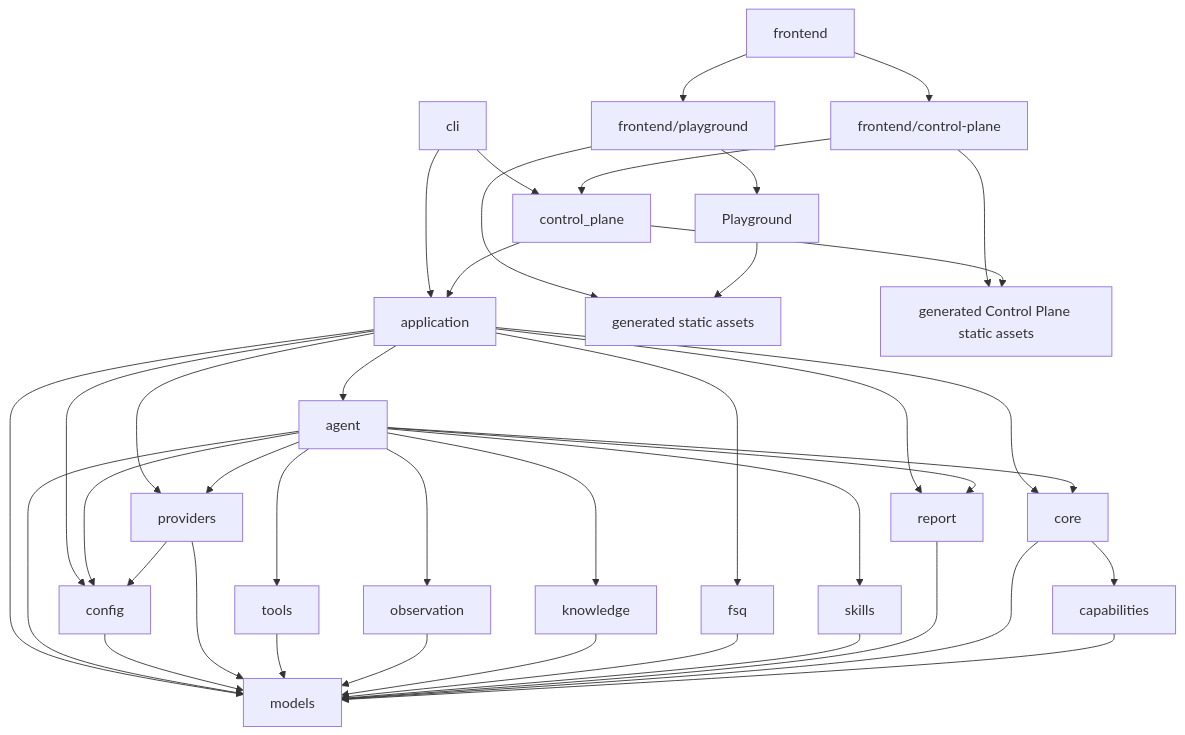
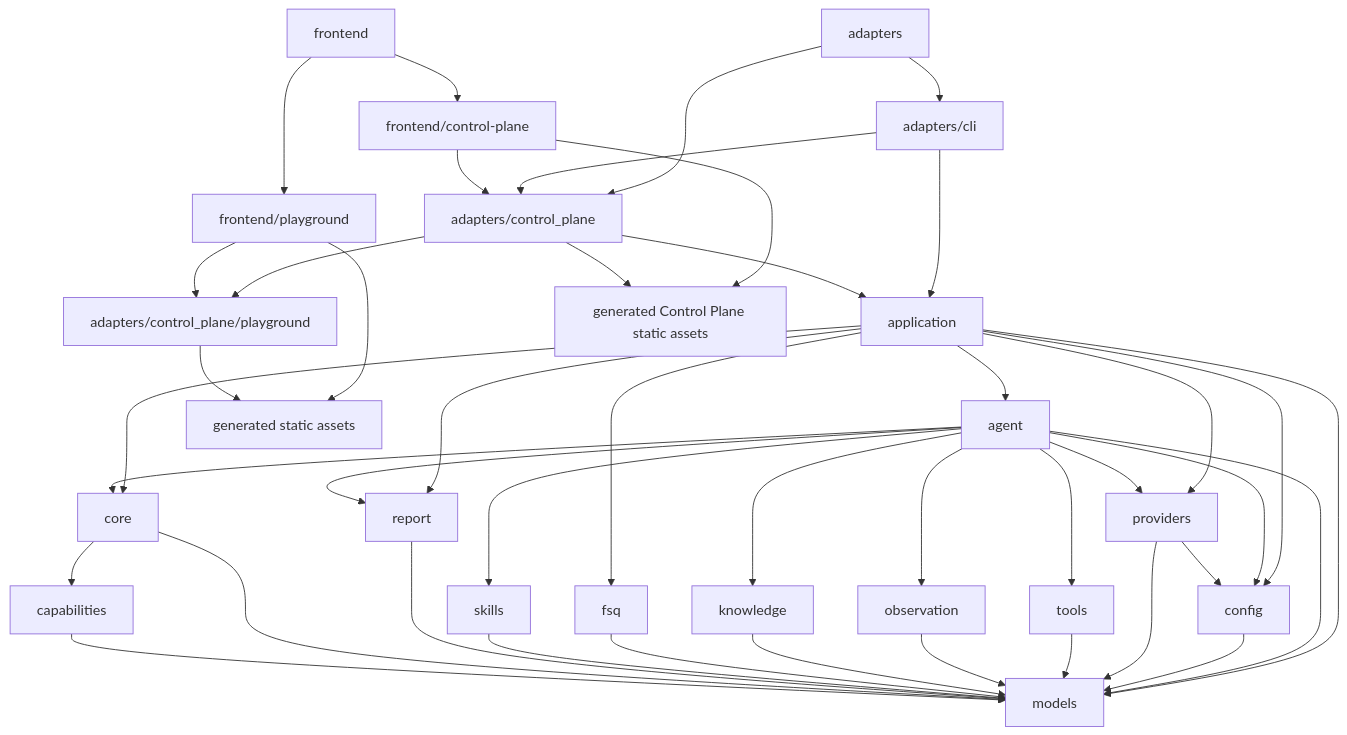
One commit to houlianpi/FSQ changed the diagram in SPEC.md. Above: the diagram before and after it, drawn with Mermaid. The commit also changed other lines of this file and 71 other files, not shown here.

````diff
--- a/SPEC.md
+++ b/SPEC.md
@@ -145,42 +146,45 @@
 ```mermaid
 flowchart TD
-    CLI[cli] --> Application[application]
-    CLI --> ControlPlane[control_plane]
+    Adapters[adapters] --> CLI[adapters/cli]
+    Adapters --> ControlPlane[adapters/control_plane]
+    CLI --> Application[application]
+    CLI --> ControlPlane
     ControlPlane --> Application
+    ControlPlane --> Playground[adapters/control_plane/playground]
     Application --> Agent[agent]
     Application --> Core[core]
     Application --> FSQ[fsq]
     Application --> Config[config]
     Application --> Providers[providers]
     Application --> Models[models]
     Application --> Report[report]
     Agent --> Core[core]
     Agent --> Config[config]
     Agent --> Providers[providers]
     Agent --> Models[models]
     Agent --> Tools[tools]
     Agent --> Observation[observation]
     Agent --> Knowledge[knowledge]
     Agent --> Skills[skills]
     Agent --> Report[report]
     Config --> Models
     Providers --> Config
     Providers --> Models
     Tools --> Models
     Observation --> Models
     Knowledge --> Models
     FSQ --> Models
     Skills --> Models
     Report --> Models
     Core --> Models
     Capabilities[capabilities] --> Models
     Core --> Capabilities
     Frontend[frontend] --> FrontendPlayground[frontend/playground]
     Frontend --> FrontendControlPlane[frontend/control-plane]
     FrontendPlayground --> Playground
     FrontendPlayground --> StaticAssets[generated static assets]
     Playground --> StaticAssets
     FrontendControlPlane --> ControlPlane
     FrontendControlPlane --> ControlPlaneStatic[generated Control Plane static assets]
     ControlPlane --> ControlPlaneStatic
 ```
````
